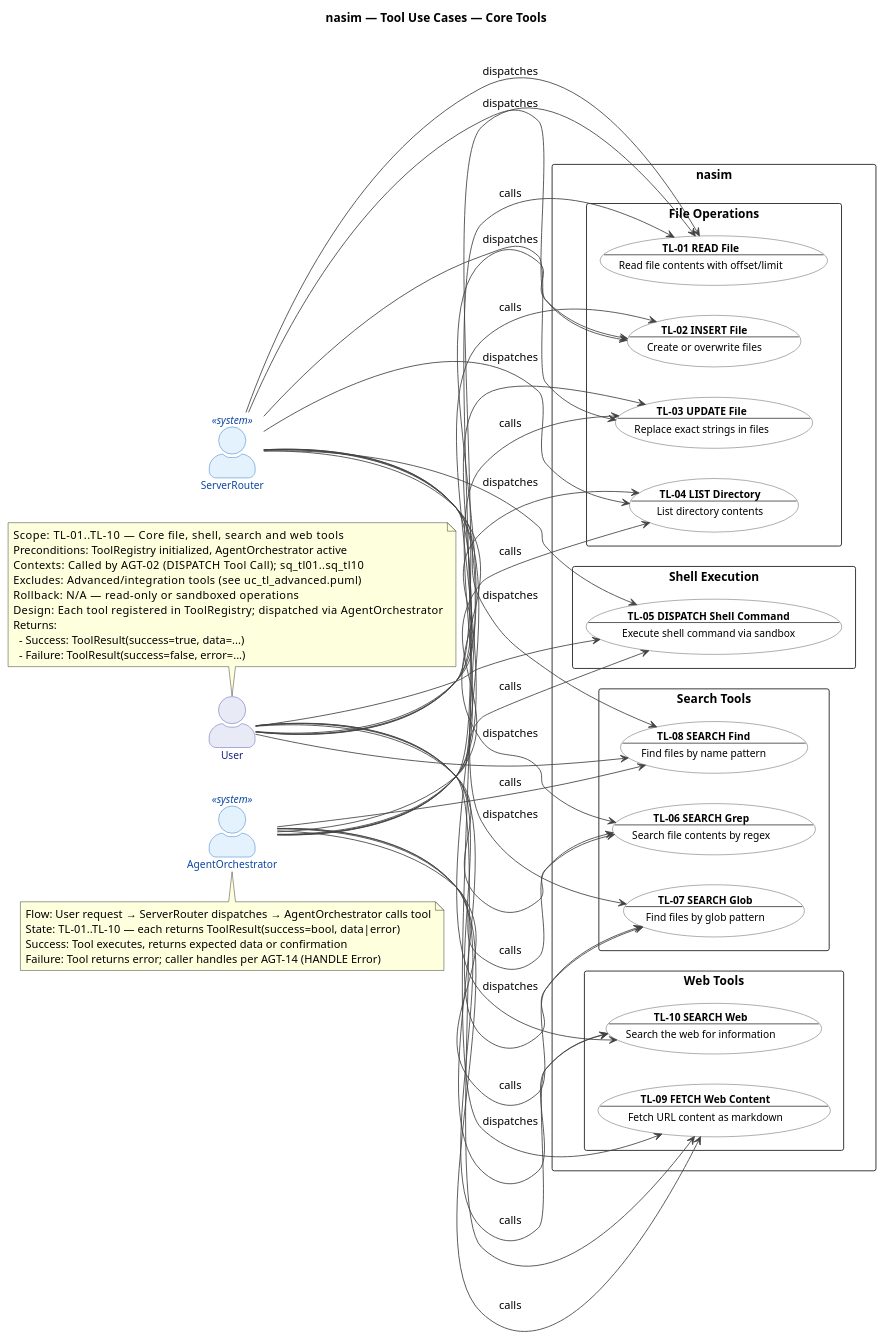
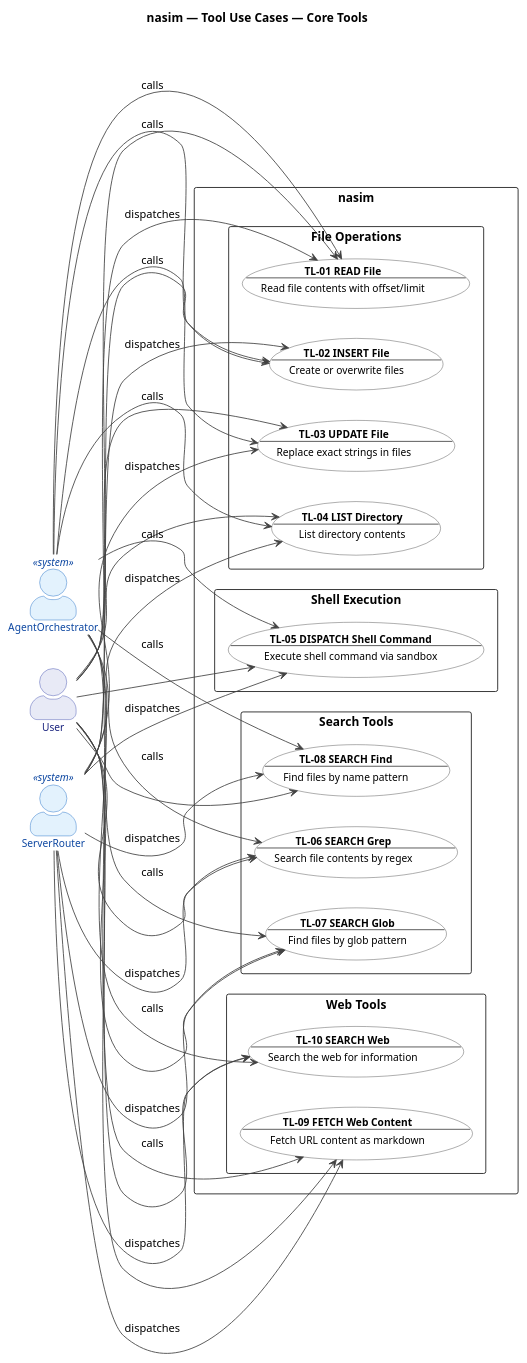
The diagram in docs/UC/uc_tl.puml (salimnamvar/nasim), drawn with PlantUML before and after one commit. The commit also changed 23 other files, not shown here.

First line of the commit message:
docs: Refactor UC diagrams and update merge script paths

```diff
--- a/docs/UC/uc_tl.puml
+++ b/docs/UC/uc_tl.puml
@@ -1,134 +1,135 @@
 @startuml uc_tl
+
 
 ' ============================================================
 ' Title:     nasim — UC: Tool Group — Core Tools
 ' Group:     TL (Tool Layer)
 ' Boundary:  nasim code agent
 ' Purpose:   Core tool implementations: file operations, shell execution,
 '            search tools, web tools. Entry chain: User →
 '            ServerRouter → AgentOrchestrator → ToolRegistry
 ' Milestone: v1.0
 ' Version:   9.1.0
 ' Source:    docs/ENTITIES.md, docs/UC/README.md
 ' Review:    CAR refinement loop 2026-06-27
 ' SQ:        sq_tl01..sq_tl10
 ' ============================================================
 
+
 left to right direction
+
 
 title nasim — Tool Use Cases — Core Tools
 
+
 skinparam actorStyle awesome
 skinparam packageStyle rectangle
+
 
 skinparam usecase {
   BackgroundColor #FFFFFF
   BorderColor #424242
   FontColor #000000
   ArrowColor #424242
   FontSize 12
 }
 
+
 skinparam actor {
   BackgroundColor #E8EAF6
   BorderColor #3949AB
   FontColor #1A237E
   FontSize 12
 }
 
+
 skinparam actor<<system>> {
   BackgroundColor #E3F2FD
   BorderColor #1565C0
   FontColor #0D47A1
 }
 
+
 ' ============================================================
 ' Actors
 ' ============================================================
+
 
 actor "User" as User
 actor "ServerRouter" as Router <<system>>
 actor "AgentOrchestrator" as Agent <<system>>
 
-note top of User
-  Scope:          TL-01..TL-10 — Core file, shell, search and web tools
-  Preconditions:  ToolRegistry initialized, AgentOrchestrator active
-  Contexts:       Called by AGT-02 (DISPATCH Tool Call); sq_tl01..sq_tl10
-  Excludes:       Advanced/integration tools (see uc_tl_advanced.puml)
-  Rollback:       N/A — read-only or sandboxed operations
-  Design:         Each tool registered in ToolRegistry; dispatched via AgentOrchestrator
-  Returns:
-    - Success: ToolResult(success=true, data=...)
-    - Failure: ToolResult(success=false, error=...)
-end note
+
+
 
 ' ============================================================
 ' System Boundary
 ' ============================================================
+
 
 rectangle "nasim" {
   package "File Operations" as FILE_PKG {
     usecase "**TL-01 READ File**\n--\nRead file contents with offset/limit" as TL01
     usecase "**TL-02 INSERT File**\n--\nCreate or overwrite files" as TL02
     usecase "**TL-03 UPDATE File**\n--\nReplace exact strings in files" as TL03
     usecase "**TL-04 LIST Directory**\n--\nList directory contents" as TL04
   }
   package "Shell Execution" as SHL_PKG {
     usecase "**TL-05 DISPATCH Shell Command**\n--\nExecute shell command via sandbox" as TL05
   }
   package "Search Tools" as SRCH_PKG {
     usecase "**TL-06 SEARCH Grep**\n--\nSearch file contents by regex" as TL06
     usecase "**TL-07 SEARCH Glob**\n--\nFind files by glob pattern" as TL07
     usecase "**TL-08 SEARCH Find**\n--\nFind files by name pattern" as TL08
   }
   package "Web Tools" as WEB_PKG {
     usecase "**TL-09 FETCH Web Content**\n--\nFetch URL content as markdown" as TL09
     usecase "**TL-10 SEARCH Web**\n--\nSearch the web for information" as TL10
   }
 }
 
+
 ' ============================================================
 ' Actor -> Use Case Associations
 ' ============================================================
+
 
 User --> TL01
 User --> TL02
 User --> TL03
 User --> TL04
 User --> TL05
 User --> TL06
 User --> TL07
 User --> TL08
 User --> TL09
 User --> TL10
 
+
 Router --> TL01 : dispatches
 Router --> TL02 : dispatches
 Router --> TL03 : dispatches
 Router --> TL04 : dispatches
 Router --> TL05 : dispatches
 Router --> TL06 : dispatches
 Router --> TL07 : dispatches
 Router --> TL08 : dispatches
 Router --> TL09 : dispatches
 Router --> TL10 : dispatches
+
 
 Agent --> TL01 : calls
 Agent --> TL02 : calls
 Agent --> TL03 : calls
 Agent --> TL04 : calls
 Agent --> TL05 : calls
 Agent --> TL06 : calls
 Agent --> TL07 : calls
 Agent --> TL08 : calls
 Agent --> TL09 : calls
 Agent --> TL10 : calls
 
-note bottom of Agent
-  Flow:   User request → ServerRouter dispatches → AgentOrchestrator calls tool
-  State:  TL-01..TL-10 — each returns ToolResult(success=bool, data|error)
-  Success: Tool executes, returns expected data or confirmation
-  Failure: Tool returns error; caller handles per AGT-14 (HANDLE Error)
-end note
+
+
 
 @enduml
```
